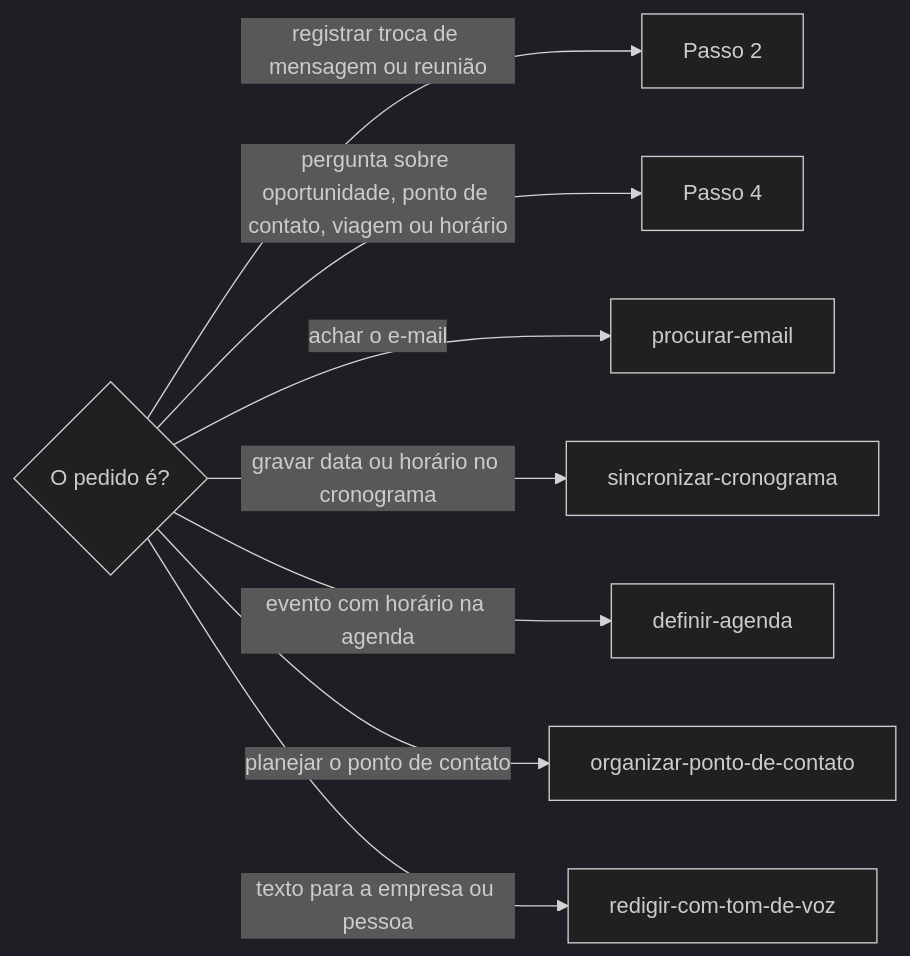
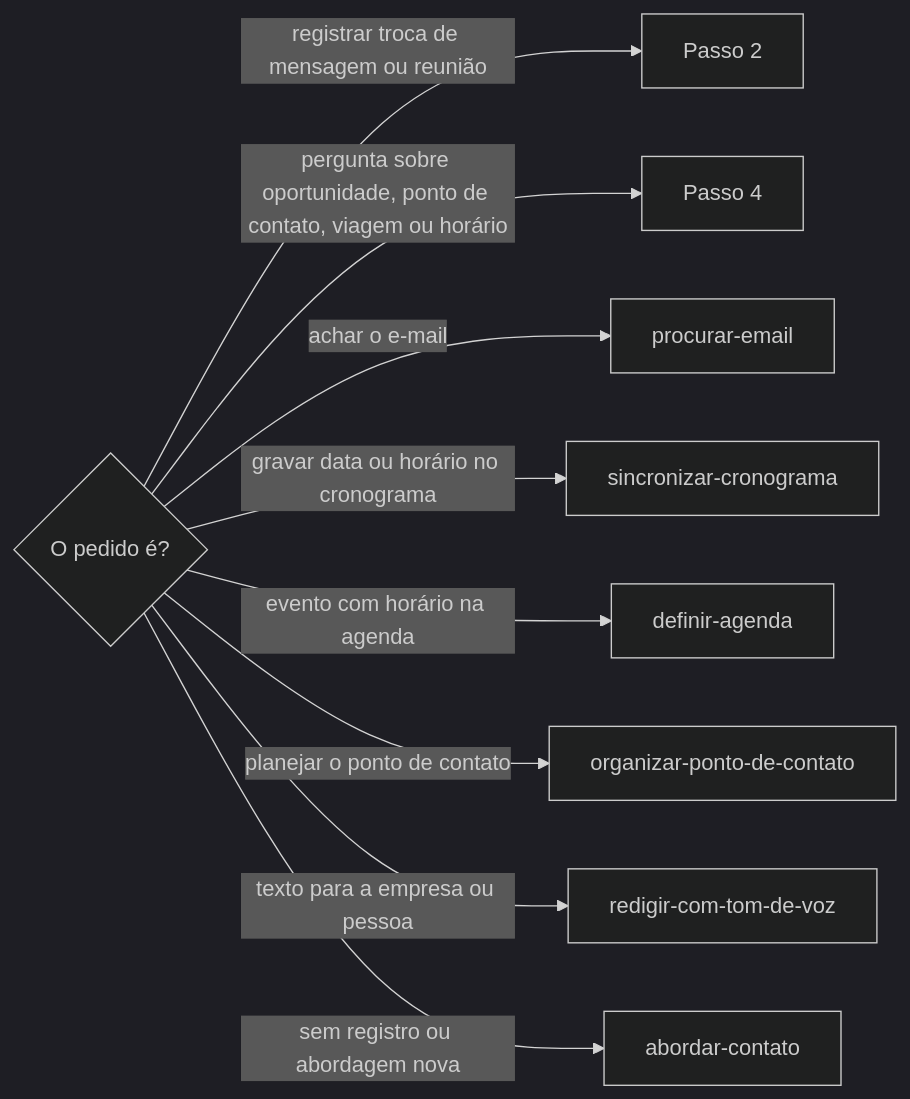
One commit to jimmyandrade/harness changed the diagram in .agents/skills/definir-negociacao/SKILL.md. Above: the diagram before and after it, drawn with Mermaid (dark theme). The commit also changed other lines of this file and 10 other files, not shown here.

````diff
--- a/.agents/skills/definir-negociacao/SKILL.md
+++ b/.agents/skills/definir-negociacao/SKILL.md
@@ -46,10 +49,11 @@
 ```mermaid
 flowchart LR
   Q{O pedido é?} -->|registrar troca de mensagem ou reunião| R[Passo 2]
   Q -->|pergunta sobre oportunidade, ponto de contato, viagem ou horário| C[Passo 4]
   Q -->|achar o e-mail| E[procurar-email]
   Q -->|gravar data ou horário no cronograma| S[sincronizar-cronograma]
   Q -->|evento com horário na agenda| A[definir-agenda]
   Q -->|planejar o ponto de contato| P[organizar-ponto-de-contato]
   Q -->|texto para a empresa ou pessoa| T[redigir-com-tom-de-voz]
+  Q -->|sem registro ou abordagem nova| B[abordar-contato]
 ```
````
